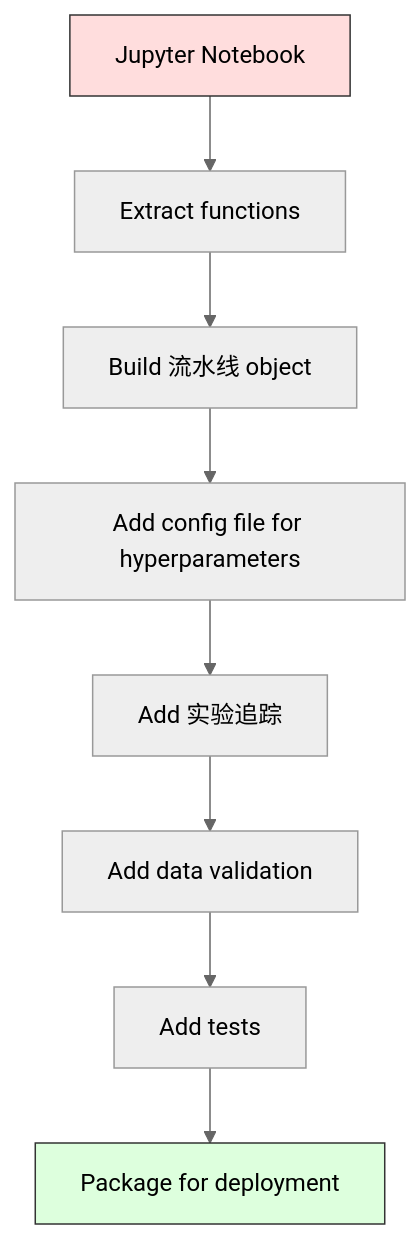
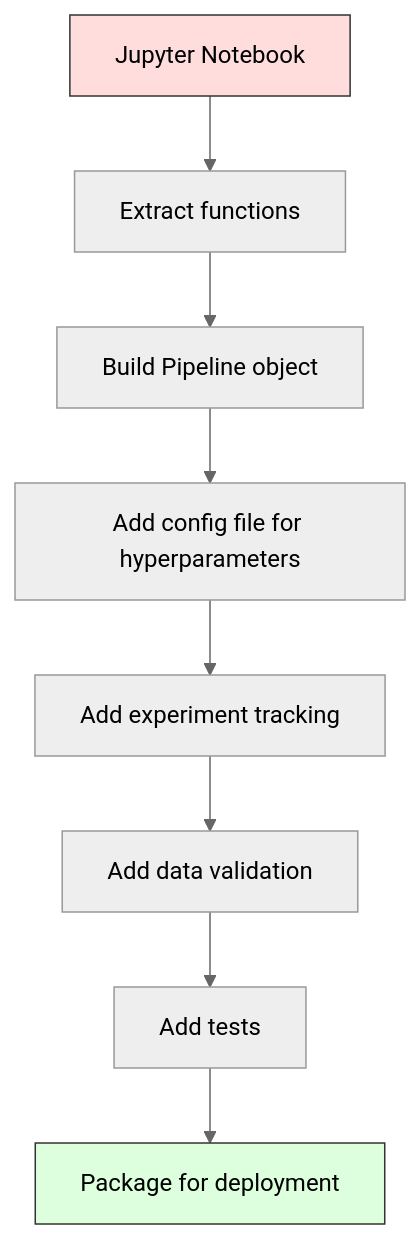
One commit to arwei944/ai-engineering-from-scratch changed the second of 2 diagrams in phases/02-ml-fundamentals/13-ml-pipelines/docs/zh.md. Above: the diagram before and after it, drawn with Mermaid (neutral theme). The commit also changed other lines of this file and 65 other files, not shown here.

````diff
--- a/phases/02-ml-fundamentals/13-ml-pipelines/docs/zh.md
+++ b/phases/02-ml-fundamentals/13-ml-pipelines/docs/zh.md
@@ -225,13 +225,13 @@
 ```mermaid
 flowchart TD
     A[Jupyter Notebook] --> B[Extract functions]
-    B --> C[Build 流水线 object]
+    B --> C[Build Pipeline object]
     C --> D[Add config file for hyperparameters]
-    D --> E[Add 实验追踪]
+    D --> E[Add experiment tracking]
     E --> F[Add data validation]
     F --> G[Add tests]
     G --> H[Package for deployment]
 
     style A fill:#fdd,stroke:#333
     style H fill:#dfd,stroke:#333
 ```
````
